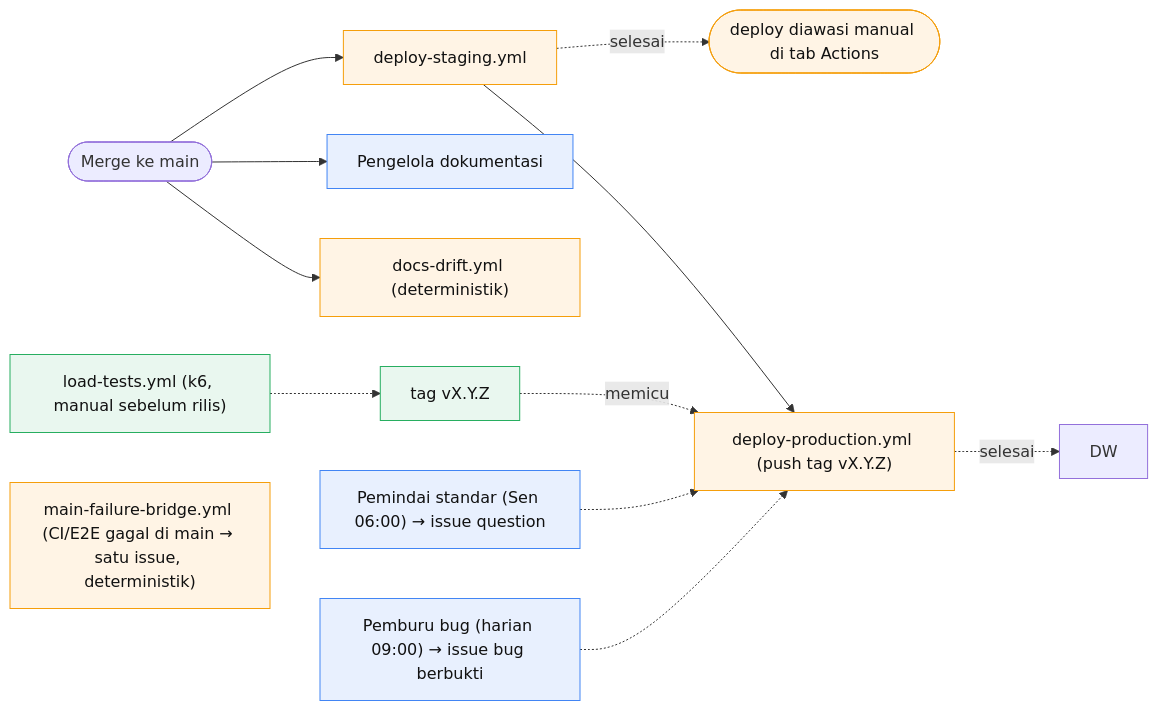
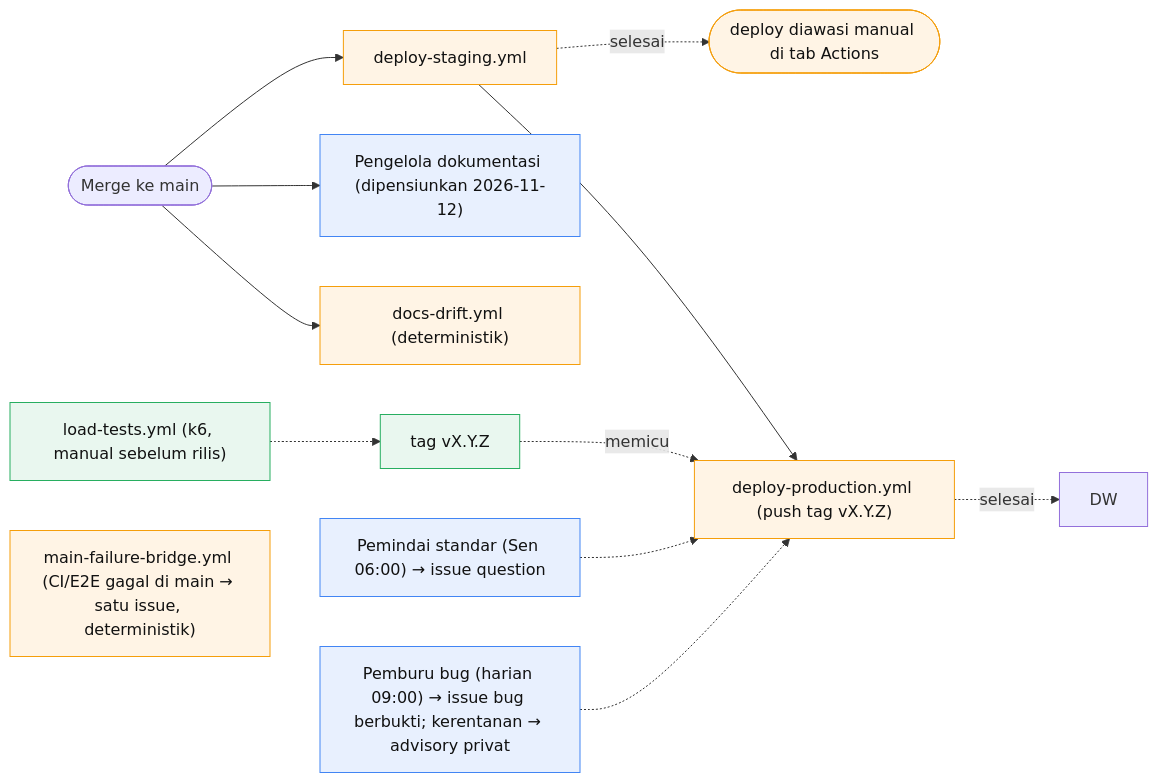
One commit to cipansor/cipansor changed the fifth of 6 diagrams in docs/SDLC-FLOW.md. Above: the diagram before and after it, drawn with Mermaid. The commit also changed other lines of this file and 4 other files, not shown here.

````diff
--- a/docs/SDLC-FLOW.md
+++ b/docs/SDLC-FLOW.md
@@ -639,19 +641,19 @@
 ```mermaid
 flowchart LR
   classDef cloud fill:#e8f0fe,stroke:#4285f4,color:#111;
   classDef gh fill:#fff4e5,stroke:#f59e0b,color:#111;
   classDef human fill:#e9f7ef,stroke:#27ae60,color:#111;
 
   MG([Merge ke main]) --> C3["docs-drift.yml (deterministik)"]:::gh
-  MG --> C14["Pengelola dokumentasi"]:::cloud
+  MG --> C14["Pengelola dokumentasi (dipensiunkan 2026-11-12)"]:::cloud
   MG --> STG["deploy-staging.yml"]:::gh
   STG --> PROD["deploy-production.yml (push tag vX.Y.Z)"]:::gh
 
   STG -. selesai .-> DWI(["deploy diawasi manual di tab Actions"]):::gh
   PROD -. selesai .-> DW
   LT["load-tests.yml (k6, manual sebelum rilis)"]:::human -.-> TAGV["tag vX.Y.Z"]:::human
   BR2["main-failure-bridge.yml (CI/E2E gagal di main → satu issue, deterministik)"]:::gh
   TAGV -. "memicu" .-> PROD
   C20["Pemindai standar (Sen 06:00) → issue question"]:::cloud -.-> PROD
-  C19["Pemburu bug (harian 09:00) → issue bug berbukti"]:::cloud -.-> PROD
+  C19["Pemburu bug (harian 09:00) → issue bug berbukti; kerentanan → advisory privat"]:::cloud -.-> PROD
 ```
````
